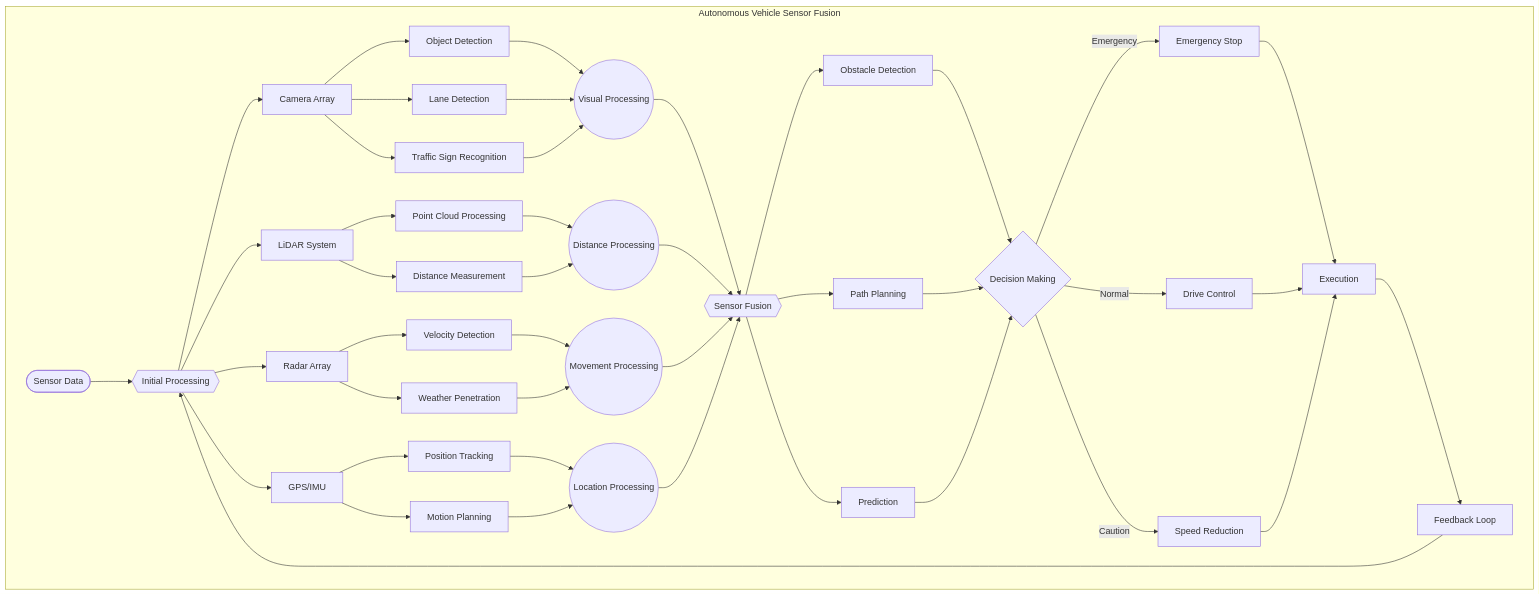
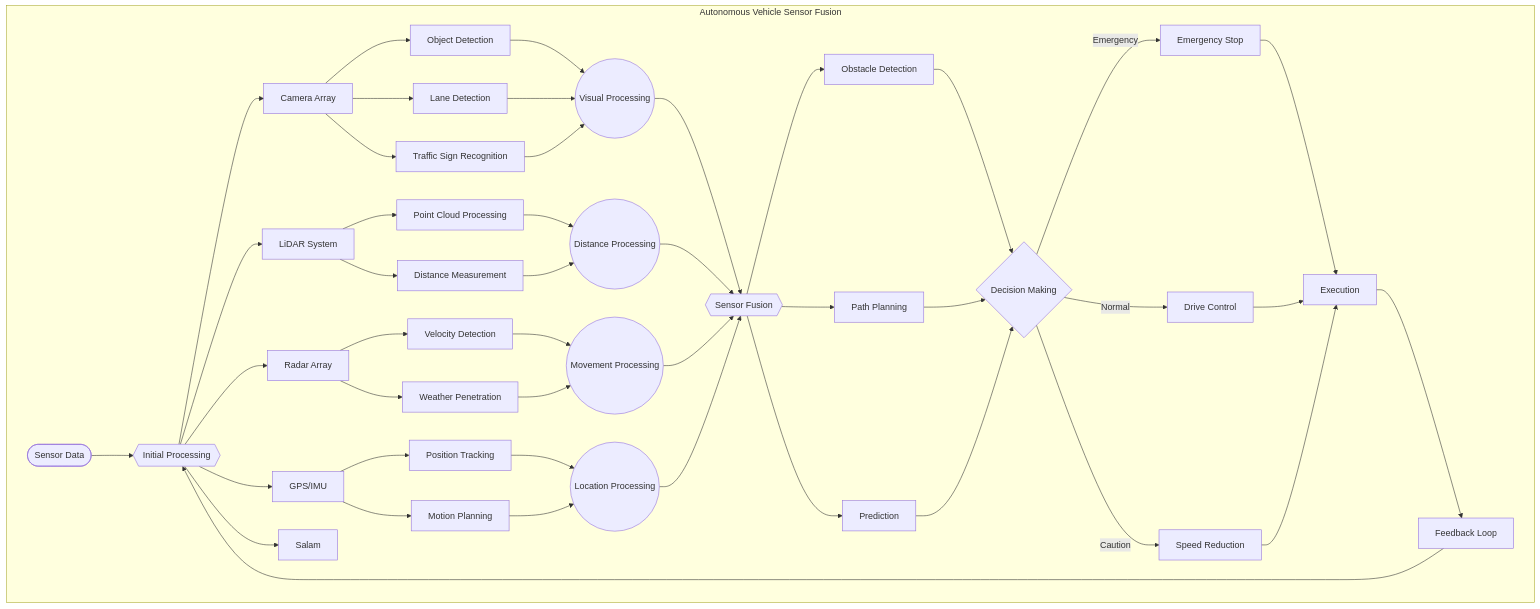
One commit to Anonymous0-0paper/SWG changed the diagram in Data/Dataflow/autonomousVehicleSensorFusion.mermaid. Above: the diagram before and after it, drawn with Mermaid. The commit also changed 7 other files, not shown here.

Commit message:
Integration with Query analyzer and Hyper Graph of Thought

```diff
--- a/Data/Dataflow/autonomousVehicleSensorFusion.mermaid
+++ b/Data/Dataflow/autonomousVehicleSensorFusion.mermaid
@@ -1,45 +1,46 @@
 flowchart TD
     subgraph Autonomous Vehicle Sensor Fusion
         SENSORS([Sensor Data]) --> DIST1{{"Initial Processing"}}
 
         %% Sensor Processing
         DIST1 --> CAM[Camera Array]
         DIST1 --> LIDAR[LiDAR System]
         DIST1 --> RADAR[Radar Array]
         DIST1 --> GPS[GPS/IMU]
+        DIST1 --> ALI[Salam]
 
         CAM --> CAM1[Object Detection]
         CAM --> CAM2[Lane Detection]
         CAM --> CAM3[Traffic Sign Recognition]
 
         LIDAR --> LID1[Point Cloud Processing]
         LIDAR --> LID2[Distance Measurement]
 
         RADAR --> RAD1[Velocity Detection]
         RADAR --> RAD2[Weather Penetration]
 
         GPS --> GPS1[Position Tracking]
         GPS --> GPS2[Motion Planning]
 
         %% Fusion & Decision Making
         CAM1 & CAM2 & CAM3 --> VIS((Visual Processing))
         LID1 & LID2 --> DIST((Distance Processing))
         RAD1 & RAD2 --> MOV((Movement Processing))
         GPS1 & GPS2 --> LOC((Location Processing))
 
         VIS & DIST & MOV & LOC --> FUSION{{"Sensor Fusion"}}
 
         FUSION --> OBS[Obstacle Detection]
         FUSION --> PATH[Path Planning]
         FUSION --> PRED[Prediction]
 
         OBS & PATH & PRED --> DECISION{Decision Making}
 
         DECISION -->|Emergency| STOP[Emergency Stop]
         DECISION -->|Normal| DRIVE[Drive Control]
         DECISION -->|Caution| SLOW[Speed Reduction]
 
         STOP & DRIVE & SLOW --> EXEC2[Execution]
         EXEC2 --> FEEDBACK[Feedback Loop]
         FEEDBACK --> DIST1
     end
```
